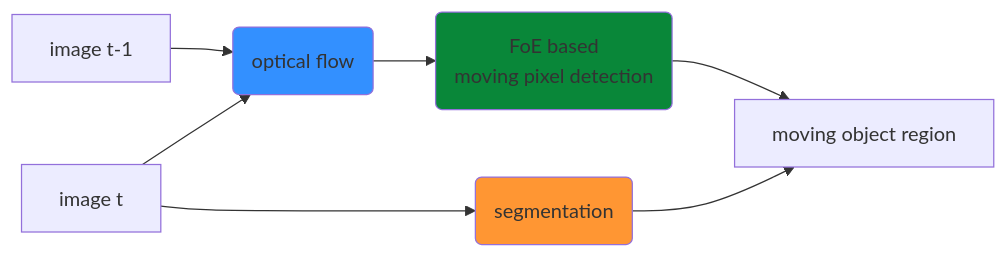
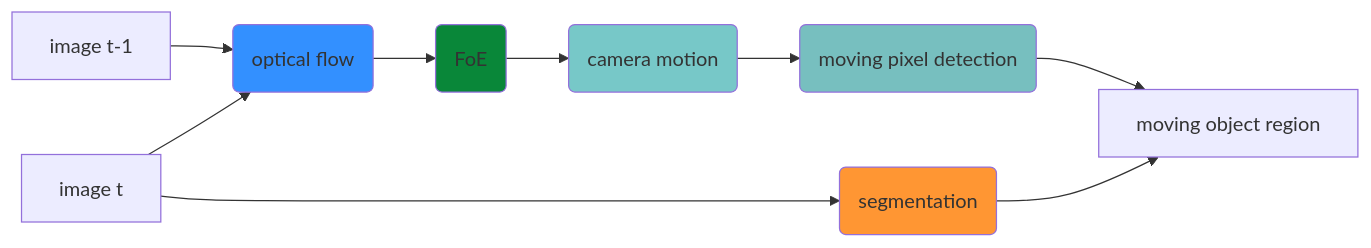
One commit to MasahiroOgawa/reconstruct4D changed the diagram in doc/flowchart_whole.md. Above: the diagram before and after it, drawn with Mermaid. The commit also changed 2 other files, not shown here.

Commit message:
update flow chart; adding camera motion estimation.

````diff
--- a/doc/flowchart_whole.md
+++ b/doc/flowchart_whole.md
@@ -1,13 +1,17 @@
 ```mermaid
 flowchart LR
     imgt-1[image t-1] --> flow(optical flow)
     imgt[image t] --> flow
-    flow --> foe(FoE based\n moving pixel detection)
+    flow --> foe(FoE)
+    foe --> cam(camera motion)
+    cam --> movpix(moving pixel detection)
     imgt --> seg(segmentation)
-    foe --> mov[moving object region]
+    movpix --> mov[moving object region]
     seg --> mov
 
     style flow fill:#3390FF
     style foe fill:#098739
+    style cam fill: #0998
+    style movpix fill: #0888
     style seg fill:#FF9633
 ```
````
